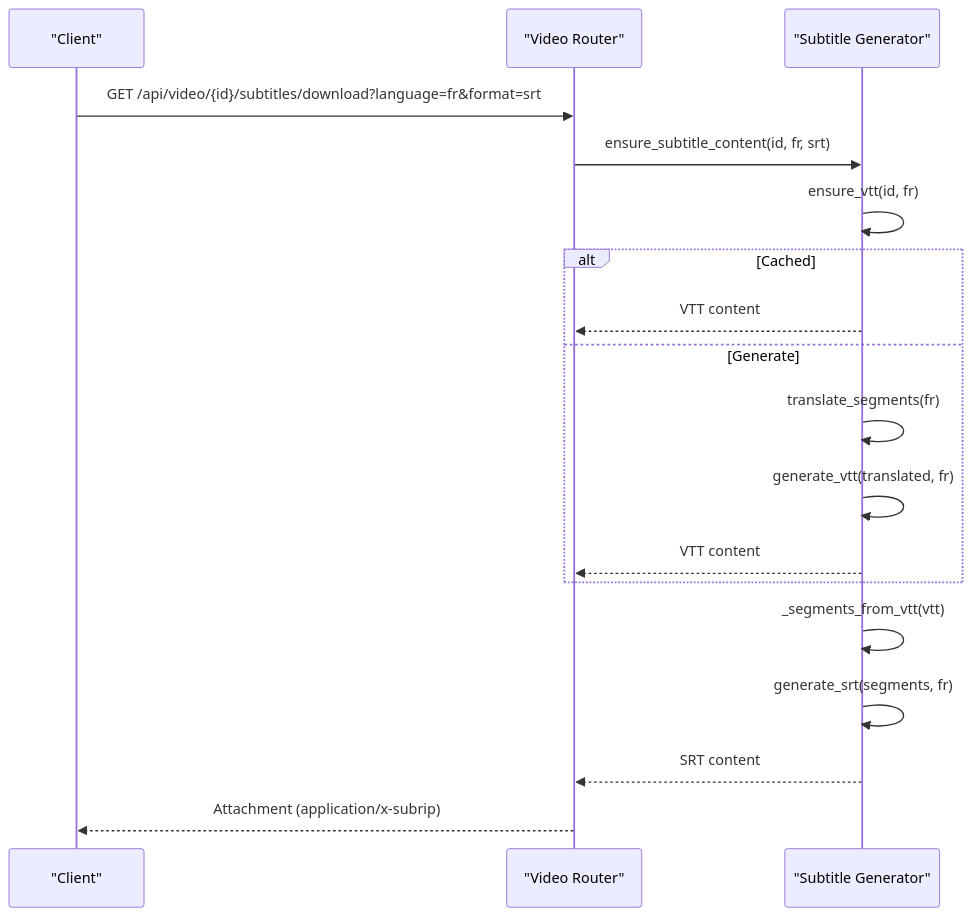
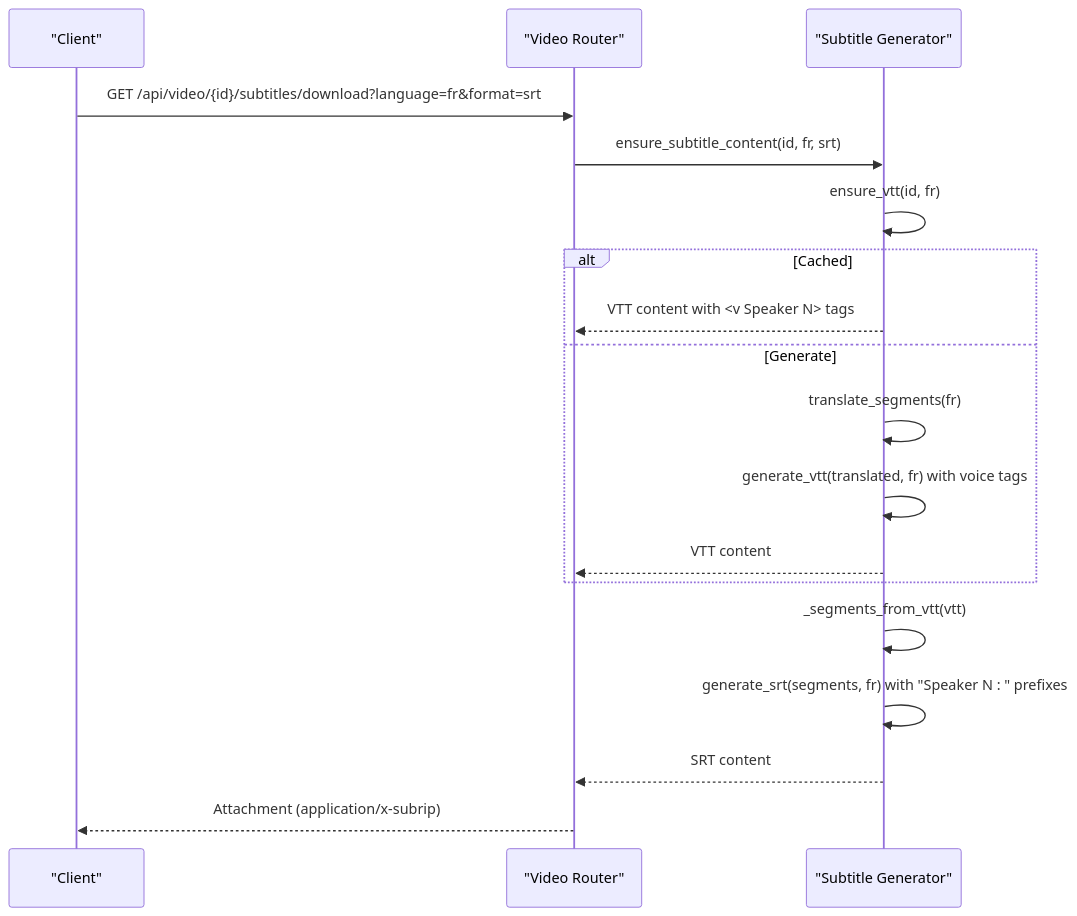
One commit to alexandreybasta-cyber/dubai-media-ai changed the fourth of 8 diagrams in .qoder/repowiki/en/content/Media Processing Pipeline/Subtitle Generation Module.md. Above: the diagram before and after it, drawn with Mermaid. The commit also changed other lines of this file and 20 other files, not shown here.

````diff
--- a/.qoder/repowiki/en/content/Media Processing Pipeline/Subtitle Generation Module.md
+++ b/.qoder/repowiki/en/content/Media Processing Pipeline/Subtitle Generation Module.md
@@ -187,20 +206,20 @@
 ```mermaid
 sequenceDiagram
 participant Client as "Client"
 participant Router as "Video Router"
 participant SG as "Subtitle Generator"
 Client->>Router : GET /api/video/{id}/subtitles/download?language=fr&format=srt
 Router->>SG : ensure_subtitle_content(id, fr, srt)
 SG->>SG : ensure_vtt(id, fr)
 alt Cached
-SG-->>Router : VTT content
+SG-->>Router : VTT content with <v Speaker N> tags
 else Generate
 SG->>SG : translate_segments(fr)
-SG->>SG : generate_vtt(translated, fr)
+SG->>SG : generate_vtt(translated, fr) with voice tags
 SG-->>Router : VTT content
 end
 SG->>SG : _segments_from_vtt(vtt)
-SG->>SG : generate_srt(segments, fr)
+SG->>SG : generate_srt(segments, fr) with "Speaker N : " prefixes
 SG-->>Router : SRT content
 Router-->>Client : Attachment (application/x-subrip)
 ```
````
